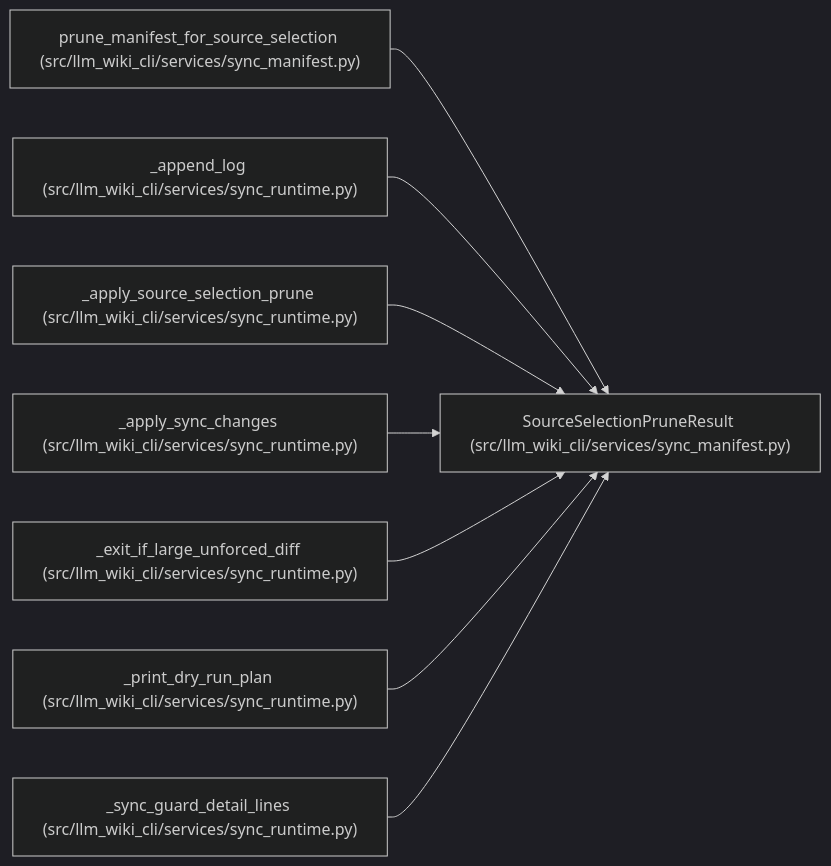
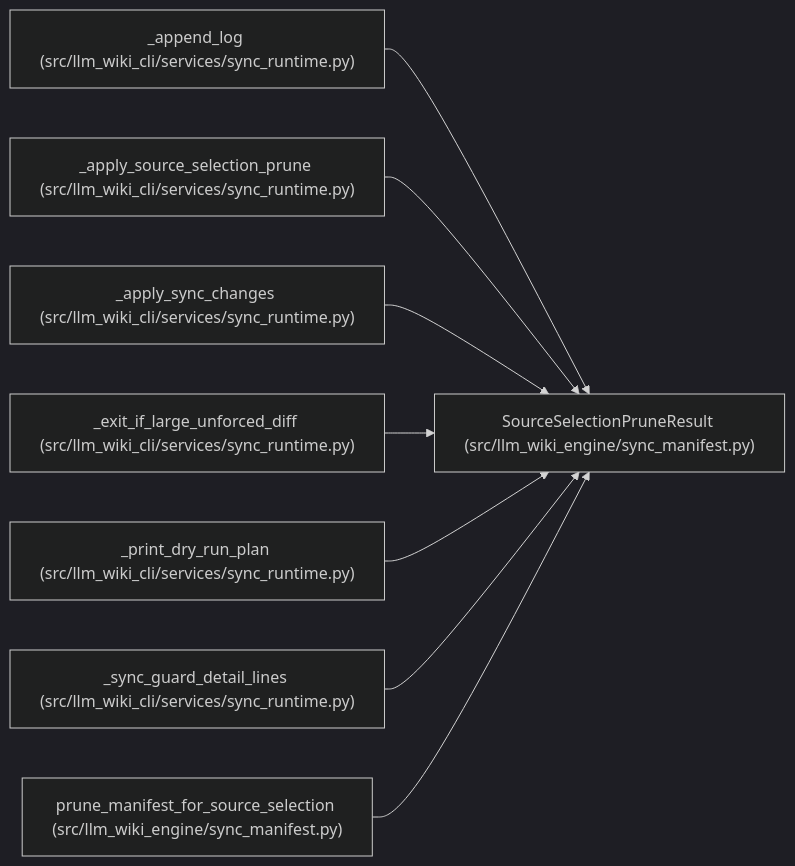
The diagram in docs/llm_wiki/entities/SourceSelectionPruneResult.md (Denissvgn/python-wiki-llm), drawn with Mermaid (dark theme) before and after one commit. The commit also changed other lines of this file and 1058 other files, not shown here.

````diff
--- a/docs/llm_wiki/entities/SourceSelectionPruneResult.md
+++ b/docs/llm_wiki/entities/SourceSelectionPruneResult.md
@@ -30,26 +30,26 @@
 ```mermaid
 flowchart LR
-    n0["SourceSelectionPruneResult (src/llm_wiki_cli/services/sync_manifest.py)"]
-    n1["prune_manifest_for_source_selection (src/llm_wiki_cli/services/sync_manifest.py)"]
-    n2["_append_log (src/llm_wiki_cli/services/sync_runtime.py)"]
-    n3["_apply_source_selection_prune (src/llm_wiki_cli/services/sync_runtime.py)"]
-    n4["_apply_sync_changes (src/llm_wiki_cli/services/sync_runtime.py)"]
-    n5["_exit_if_large_unforced_diff (src/llm_wiki_cli/services/sync_runtime.py)"]
-    n6["_print_dry_run_plan (src/llm_wiki_cli/services/sync_runtime.py)"]
-    n7["_sync_guard_detail_lines (src/llm_wiki_cli/services/sync_runtime.py)"]
+    n0["SourceSelectionPruneResult (src/llm_wiki_engine/sync_manifest.py)"]
+    n1["_append_log (src/llm_wiki_cli/services/sync_runtime.py)"]
+    n2["_apply_source_selection_prune (src/llm_wiki_cli/services/sync_runtime.py)"]
+    n3["_apply_sync_changes (src/llm_wiki_cli/services/sync_runtime.py)"]
+    n4["_exit_if_large_unforced_diff (src/llm_wiki_cli/services/sync_runtime.py)"]
+    n5["_print_dry_run_plan (src/llm_wiki_cli/services/sync_runtime.py)"]
+    n6["_sync_guard_detail_lines (src/llm_wiki_cli/services/sync_runtime.py)"]
+    n7["prune_manifest_for_source_selection (src/llm_wiki_engine/sync_manifest.py)"]
     n1 --> n0
     n2 --> n0
     n3 --> n0
     n4 --> n0
     n5 --> n0
     n6 --> n0
     n7 --> n0
     click n0 "../modules/sync_manifest.md"
-    click n1 "../modules/sync_manifest.md"
+    click n1 "../modules/sync_runtime.md"
     click n2 "../modules/sync_runtime.md"
     click n3 "../modules/sync_runtime.md"
     click n4 "../modules/sync_runtime.md"
     click n5 "../modules/sync_runtime.md"
     click n6 "../modules/sync_runtime.md"
-    click n7 "../modules/sync_runtime.md"
+    click n7 "../modules/sync_manifest.md"
 ```
````
